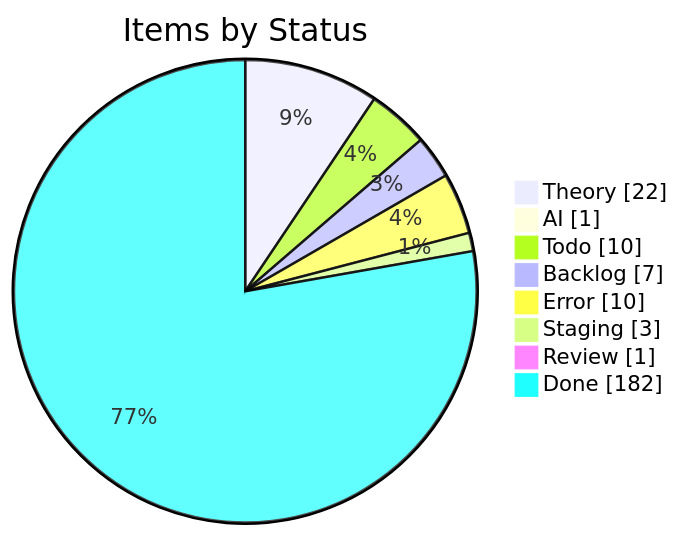
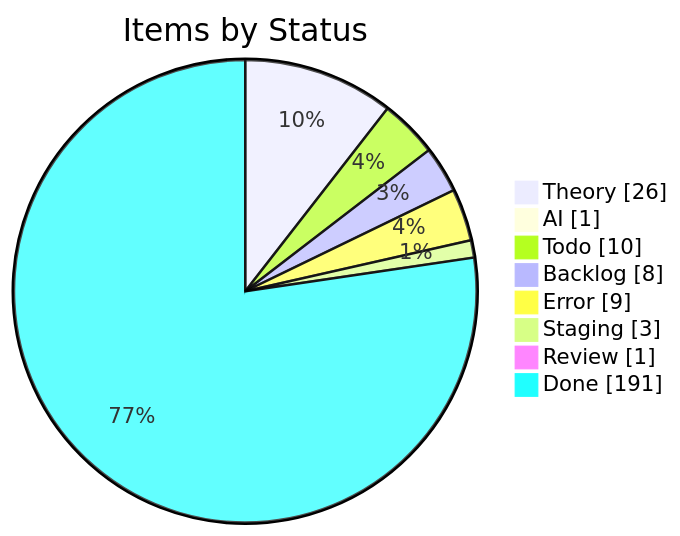
The first of 4 diagrams in apps/kbve/astro-kbve/src/content/docs/dashboard/kanban-data.mdx (KBVE/kbve), drawn with Mermaid before and after one commit. The commit also changed other lines of this file and 2 other files, not shown here.

````diff
--- a/apps/kbve/astro-kbve/src/content/docs/dashboard/kanban-data.mdx
+++ b/apps/kbve/astro-kbve/src/content/docs/dashboard/kanban-data.mdx
@@ -55,12 +55,12 @@
 ```mermaid
 pie showData
     title Items by Status
-    "Theory" : 22
+    "Theory" : 26
     "AI" : 1
     "Todo" : 10
-    "Backlog" : 7
-    "Error" : 10
+    "Backlog" : 8
+    "Error" : 9
     "Staging" : 3
     "Review" : 1
-    "Done" : 182
+    "Done" : 191
 ```
````
